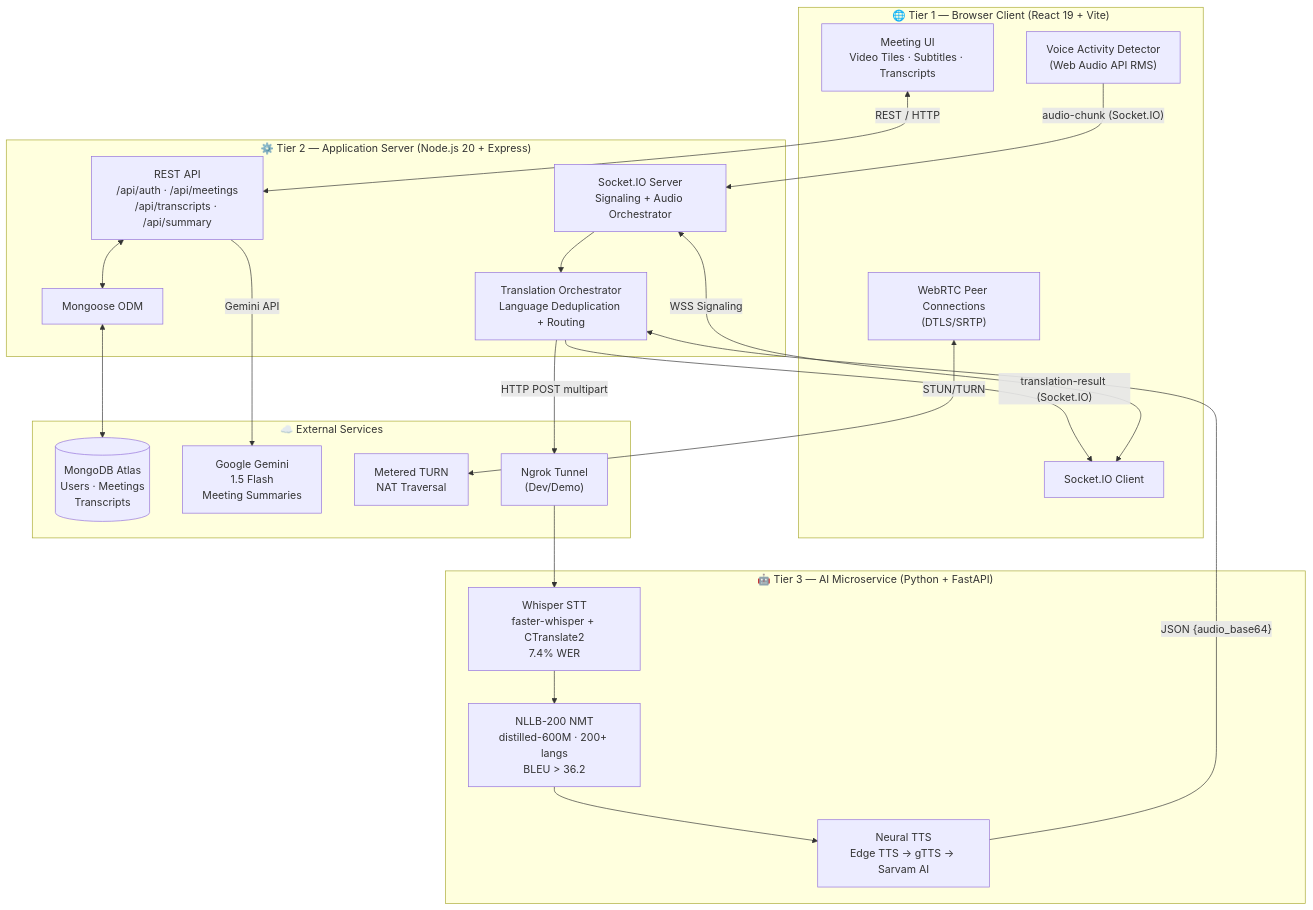
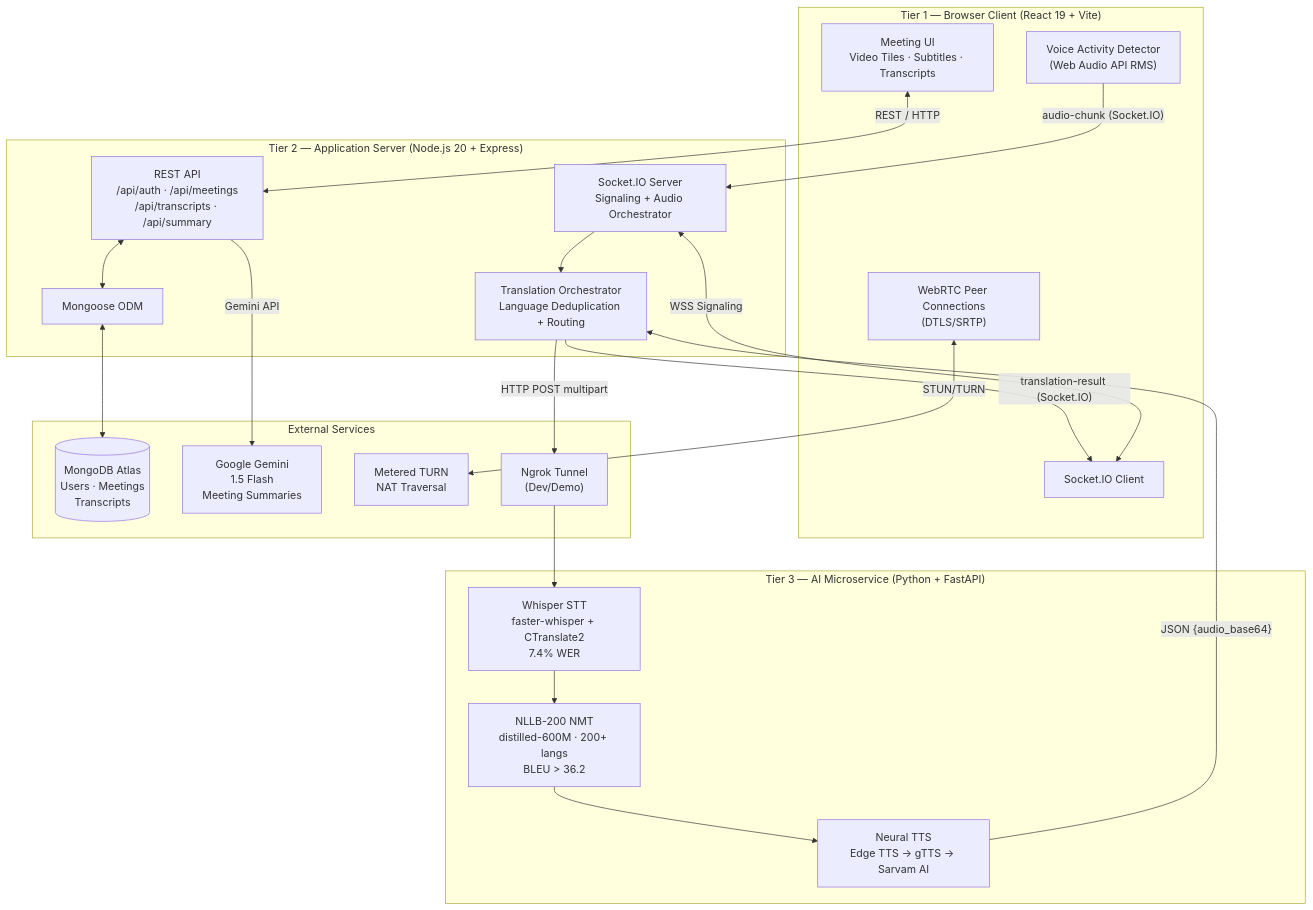
Before and after one commit to Saurabh1127/Final-year: the first of 6 diagrams in README.md, drawn with Mermaid. The commit also changed other lines of this file and 32 other files, not shown here.

````diff
--- a/README.md
+++ b/README.md
@@ -24,46 +24,46 @@
 ```mermaid
 graph TB
-    subgraph Client["🌐 Tier 1 — Browser Client (React 19 + Vite)"]
+    subgraph Client["Tier 1 — Browser Client (React 19 + Vite)"]
         VAD["Voice Activity Detector\n(Web Audio API RMS)"]
         WebRTC["WebRTC Peer Connections\n(DTLS/SRTP)"]
         SIO_C["Socket.IO Client"]
         UI["Meeting UI\nVideo Tiles · Subtitles · Transcripts"]
     end
 
-    subgraph Server["⚙️ Tier 2 — Application Server (Node.js 20 + Express)"]
+    subgraph Server["Tier 2 — Application Server (Node.js 20 + Express)"]
         REST["REST API\n/api/auth · /api/meetings\n/api/transcripts · /api/summary"]
         SIO_S["Socket.IO Server\nSignaling + Audio Orchestrator"]
         ORCH["Translation Orchestrator\nLanguage Deduplication + Routing"]
         DB_LAYER["Mongoose ODM"]
     end
 
-    subgraph AI["🤖 Tier 3 — AI Microservice (Python + FastAPI)"]
+    subgraph AI["Tier 3 — AI Microservice (Python + FastAPI)"]
         STT["Whisper STT\nfaster-whisper + CTranslate2\n7.4% WER"]
         NMT["NLLB-200 NMT\ndistilled-600M · 200+ langs\nBLEU > 36.2"]
         TTS["Neural TTS\nEdge TTS → gTTS → Sarvam AI"]
     end
 
-    subgraph External["☁️ External Services"]
+    subgraph External["External Services"]
         MONGO[("MongoDB Atlas\nUsers · Meetings\nTranscripts")]
         GEMINI["Google Gemini\n1.5 Flash\nMeeting Summaries"]
         TURN["Metered TURN\nNAT Traversal"]
         NGROK["Ngrok Tunnel\n(Dev/Demo)"]
     end
 
     VAD -->|"audio-chunk (Socket.IO)"| SIO_S
     SIO_C <-->|"WSS Signaling"| SIO_S
     UI <-->|"REST / HTTP"| REST
 
     SIO_S --> ORCH
     ORCH -->|"HTTP POST multipart"| NGROK
     NGROK --> STT
     STT --> NMT
     NMT --> TTS
     TTS -->|"JSON {audio_base64}"| ORCH
     ORCH -->|"translation-result (Socket.IO)"| SIO_C
 
     REST <--> DB_LAYER
     DB_LAYER <--> MONGO
     REST -->|"Gemini API"| GEMINI
     WebRTC <-->|"STUN/TURN"| TURN
 ```
````
